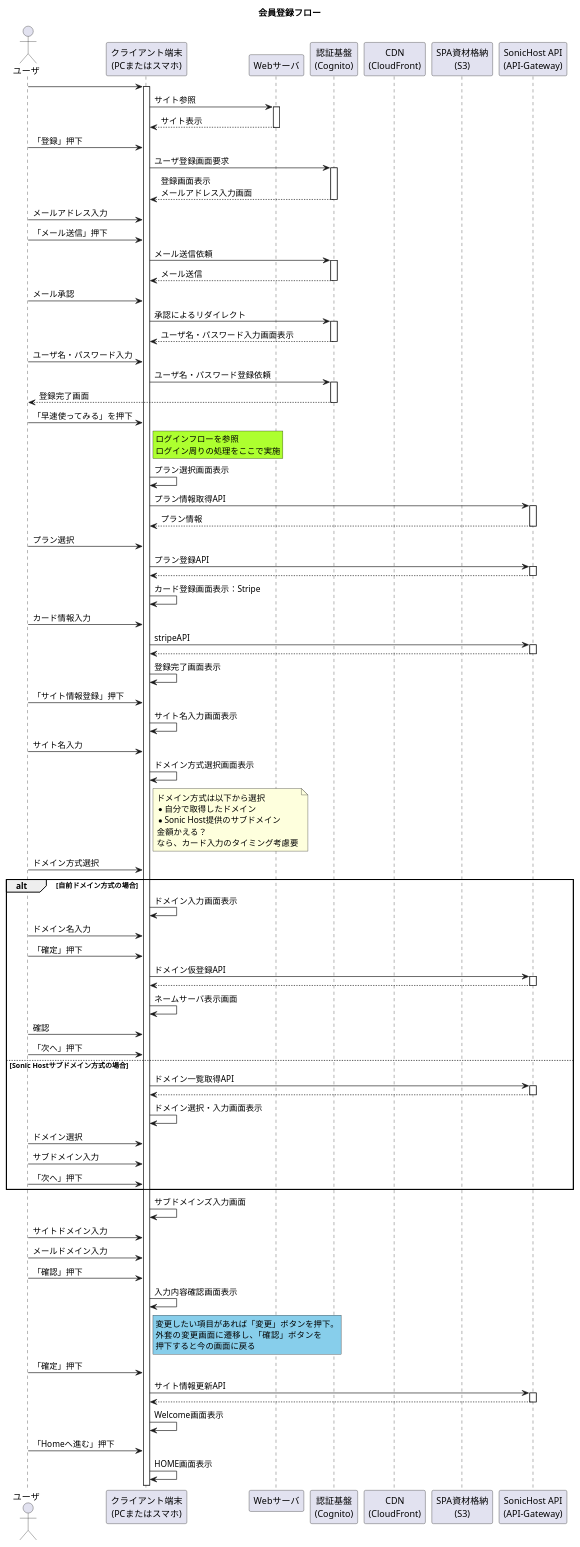
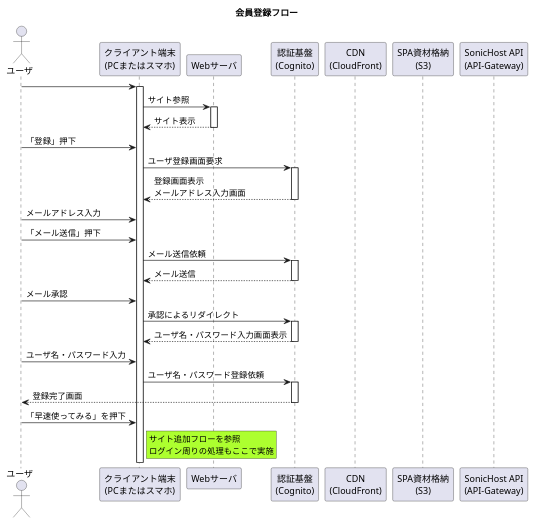
The diagram in 01_Sequences/01_Registeration_Flow/registFlow.pu (Sonic-Host/documents), drawn with PlantUML before and after one commit. The commit also changed 1 other file, not shown here.

```diff
--- a/01_Sequences/01_Registeration_Flow/registFlow.pu
+++ b/01_Sequences/01_Registeration_Flow/registFlow.pu
@@ -1,98 +1,42 @@
 @startuml  会員登録フロー
 title 会員登録フロー
 
 ' アクター定義
 actor "ユーザ" as user
 participant "クライアント端末\n(PCまたはスマホ)" as device
 participant "Webサーバ" as site
 participant "認証基盤\n(Cognito)" as cognito
 participant "CDN\n(CloudFront)" as cdn
 participant "SPA資材格納\n(S3)" as spa
 participant "SonicHost API\n(API-Gateway)" as api
 
 
 ' シーケンス
 ' Webサイト編
 user -> device ++ 
 device -> site ++ : サイト参照
 device <-- site -- : サイト表示
 user -> device : 「登録」押下
 
 ' Cognito登録編（ユーザ登録）
 device -> cognito ++ : ユーザ登録画面要求
 device <-- cognito -- : 登録画面表示\nメールアドレス入力画面
 user -> device : メールアドレス入力
 user -> device : 「メール送信」押下
 device -> cognito ++ : メール送信依頼
 device <-- cognito -- : メール送信
 user -> device : メール承認
 device -> cognito ++ : 承認によるリダイレクト
 device <-- cognito -- : ユーザ名・パスワード入力画面表示
 user -> device :ユーザ名・パスワード入力
 device -> cognito ++ : ユーザ名・パスワード登録依頼
 user <-- cognito -- : 登録完了画面
 user -> device : 「早速使ってみる」を押下
 
 rnote right of device #GreenYellow
-    ログインフローを参照
-    ログイン周りの処理をここで実施
+    サイト追加フローを参照
+    ログイン周りの処理もここで実施
 end note
 
-device -> device : プラン選択画面表示
-device -> api ++ : プラン情報取得API
-device <-- api -- : プラン情報
-user -> device : プラン選択
-device -> api ++ : プラン登録API
-device <-- api -- 
-device -> device : カード登録画面表示：Stripe
-user -> device : カード情報入力
-device -> api ++ : stripeAPI
-device <-- api -- 
-device -> device : 登録完了画面表示
-user -> device : 「サイト情報登録」押下
-device -> device : サイト名入力画面表示
-user -> device : サイト名入力
-device -> device : ドメイン方式選択画面表示
-note right of device 
-    ドメイン方式は以下から選択
-    * 自分で取得したドメイン
-    * Sonic Host提供のサブドメイン
-    金額かえる？
-    なら、カード入力のタイミング考慮要
-end note
-user -> device : ドメイン方式選択
-alt 自前ドメイン方式の場合
-    device -> device :ドメイン入力画面表示
-    user -> device : ドメイン名入力
-    user -> device : 「確定」押下
-    device -> api ++ : ドメイン仮登録API
-    device <-- api -- 
-    device -> device : ネームサーバ表示画面
-    user -> device : 確認
-    user -> device : 「次へ」押下
-else Sonic Hostサブドメイン方式の場合
-    device -> api ++ : ドメイン一覧取得API
-    device <-- api -- 
-    device -> device : ドメイン選択・入力画面表示
-    user -> device : ドメイン選択
-    user -> device : サブドメイン入力
-    user -> device : 「次へ」押下
-end 
-device -> device : サブドメインズ入力画面
-user -> device : サイトドメイン入力
-user -> device : メールドメイン入力
-user -> device : 「確認」押下
-device -> device : 入力内容確認画面表示
-rnote right of device #SkyBlue
-    変更したい項目があれば「変更」ボタンを押下。
-    外套の変更画面に遷移し、「確認」ボタンを
-    押下すると今の画面に戻る
-end note
-user -> device : 「確定」押下
-device -> api ++ : サイト情報更新API
-device <-- api -- 
-device -> device : Welcome画面表示
-user -> device : 「Homeへ進む」押下
-device -> device : HOME画面表示
 
 @enduml
```
